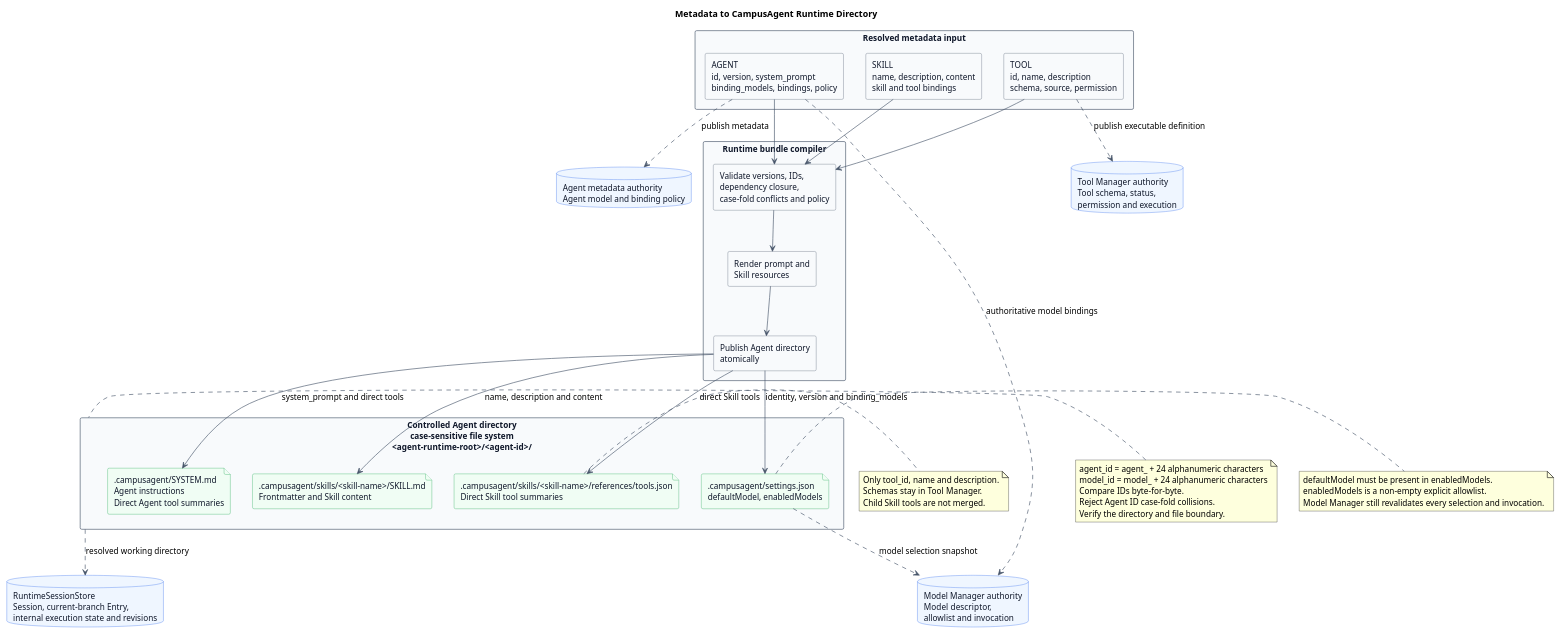
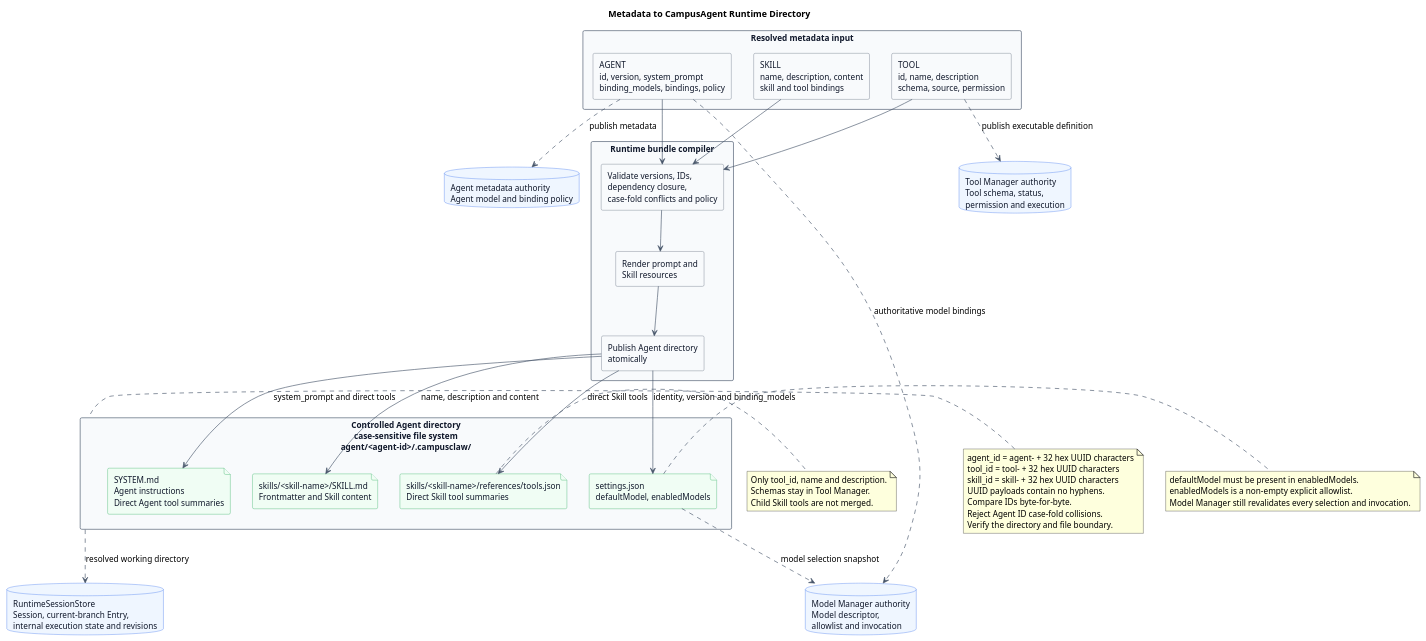
The first of 14 diagrams in pi-mono-java-manager-driven-multi-agent-runtime/diagram.puml (ssm0808/pi-mono-java-design), drawn with PlantUML before and after one commit. The commit also changed other lines of this file and 18 other files, not shown here.

```diff
--- a/pi-mono-java-manager-driven-multi-agent-runtime/diagram.puml
+++ b/pi-mono-java-manager-driven-multi-agent-runtime/diagram.puml
@@ -1,95 +1,99 @@
 @startuml metadata_runtime_directory_mapping
 title Metadata to CampusAgent Runtime Directory
 
-' Source evidence (pi-mono-java 8691e8800f05f28afe22499050c29220ef5b7475):
+' Source evidence (pi-mono-java 9e7cc8952937a697fe2c16ff0de287b32bc4c891):
 ' modules/coding-agent-cli/src/main/java/com/campusclaw/codingagent/runtimeapi/agent/FileAgentDirectoryResolver.java.
 ' modules/coding-agent-cli/src/main/java/com/campusclaw/codingagent/runtimeapi/agent/RuntimeAgentPromptLoader.java.
 ' Observed behavior: pi and pi-mono-java discover Skill metadata from SKILL.md frontmatter.
-' Observed behavior: the Runtime reads one controlled .campusagent directory directly and does not cache it.
+' Observed behavior: the Runtime reads one controlled Agent directory directly and does not cache it.
+' Observed behavior: HTTP V1 reads agent/{agent_id}/.campusclaw while retaining its existing filenames.
 ' Observed behavior: RuntimeSessionStore persists Session state in a shared database.
-' Target design: Agent and Model IDs use resource prefixes plus 24 alphanumeric characters.
-' Design reason: raw case-sensitive Agent IDs require a case-sensitive root and collision guard.
+' Observed behavior: RuntimeApiConstants still accepts agent_ plus 24 alphanumeric characters.
+' Architecture change: Agent, Tool, and Skill IDs use typed prefixes plus 32 hex UUID characters.
+' Design reason: align Runtime identifiers with the metadata authority and reject untyped aliases.
 ' Target-only design: a future metadata compiler may publish the controlled Agent directory.
 ' Design reason: keep Agent-specific disclosure local while Managers remain runtime authorities.
 
 skinparam backgroundColor #FFFFFF
 skinparam shadowing false
 skinparam defaultFontName Arial
 skinparam defaultFontSize 13
 skinparam rectangle {
   BackgroundColor #F8FAFC
   BorderColor #475569
   FontColor #0F172A
 }
 skinparam database {
   BackgroundColor #EFF6FF
   BorderColor #2563EB
   FontColor #0F172A
 }
 skinparam file {
   BackgroundColor #F0FDF4
   BorderColor #16A34A
   FontColor #0F172A
 }
 skinparam ArrowColor #475569
 
 rectangle "Resolved metadata input" as Input {
   rectangle "AGENT\nid, version, system_prompt\nbinding_models, bindings, policy" as AgentMetadata
   rectangle "SKILL\nname, description, content\nskill and tool bindings" as SkillMetadata
   rectangle "TOOL\nid, name, description\nschema, source, permission" as ToolMetadata
 }
 
 rectangle "Runtime bundle compiler" as Compiler {
   rectangle "Validate versions, IDs,\ndependency closure,\ncase-fold conflicts and policy" as Validate
   rectangle "Render prompt and\nSkill resources" as Render
   rectangle "Publish Agent directory\natomically" as Publish
 }
 
-rectangle "Controlled Agent directory\ncase-sensitive file system\n<agent-runtime-root>/<agent-id>/" as AgentDirectory {
-  file ".campusagent/settings.json\ndefaultModel, enabledModels" as SettingsFile
-  file ".campusagent/SYSTEM.md\nAgent instructions\nDirect Agent tool summaries" as SystemFile
-  file ".campusagent/skills/<skill-name>/SKILL.md\nFrontmatter and Skill content" as SkillFile
-  file ".campusagent/skills/<skill-name>/references/tools.json\nDirect Skill tool summaries" as SkillToolsFile
+rectangle "Controlled Agent directory\ncase-sensitive file system\nagent/<agent-id>/.campusclaw/" as AgentDirectory {
+  file "settings.json\ndefaultModel, enabledModels" as SettingsFile
+  file "SYSTEM.md\nAgent instructions\nDirect Agent tool summaries" as SystemFile
+  file "skills/<skill-name>/SKILL.md\nFrontmatter and Skill content" as SkillFile
+  file "skills/<skill-name>/references/tools.json\nDirect Skill tool summaries" as SkillToolsFile
 }
 
 database "Agent metadata authority\nAgent model and binding policy" as AgentAuthority
 database "Tool Manager authority\nTool schema, status,\npermission and execution" as ToolManager
 database "Model Manager authority\nModel descriptor,\nallowlist and invocation" as ModelManager
 database "RuntimeSessionStore\nSession, current-branch Entry,\ninternal execution state and revisions" as SessionStore
 
 AgentMetadata --> Validate
 SkillMetadata --> Validate
 ToolMetadata --> Validate
 Validate --> Render
 Render --> Publish
 Publish --> SettingsFile : identity, version and binding_models
 Publish --> SystemFile : system_prompt and direct tools
 Publish --> SkillFile : name, description and content
 Publish --> SkillToolsFile : direct Skill tools
 
 AgentMetadata ..> AgentAuthority : publish metadata
 ToolMetadata ..> ToolManager : publish executable definition
 SettingsFile ..> ModelManager : model selection snapshot
 AgentMetadata ..> ModelManager : authoritative model bindings
 AgentDirectory ..> SessionStore : resolved working directory
 
 note right of SkillToolsFile
 Only tool_id, name and description.
 Schemas stay in Tool Manager.
 Child Skill tools are not merged.
 end note
 
 note left of AgentDirectory
-agent_id = agent_ + 24 alphanumeric characters
-model_id = model_ + 24 alphanumeric characters
+agent_id = agent- + 32 hex UUID characters
+tool_id = tool- + 32 hex UUID characters
+skill_id = skill- + 32 hex UUID characters
+UUID payloads contain no hyphens.
 Compare IDs byte-for-byte.
 Reject Agent ID case-fold collisions.
 Verify the directory and file boundary.
 end note
 
 note right of SettingsFile
 defaultModel must be present in enabledModels.
 enabledModels is a non-empty explicit allowlist.
 Model Manager still revalidates every selection and invocation.
 end note
 @enduml
```
